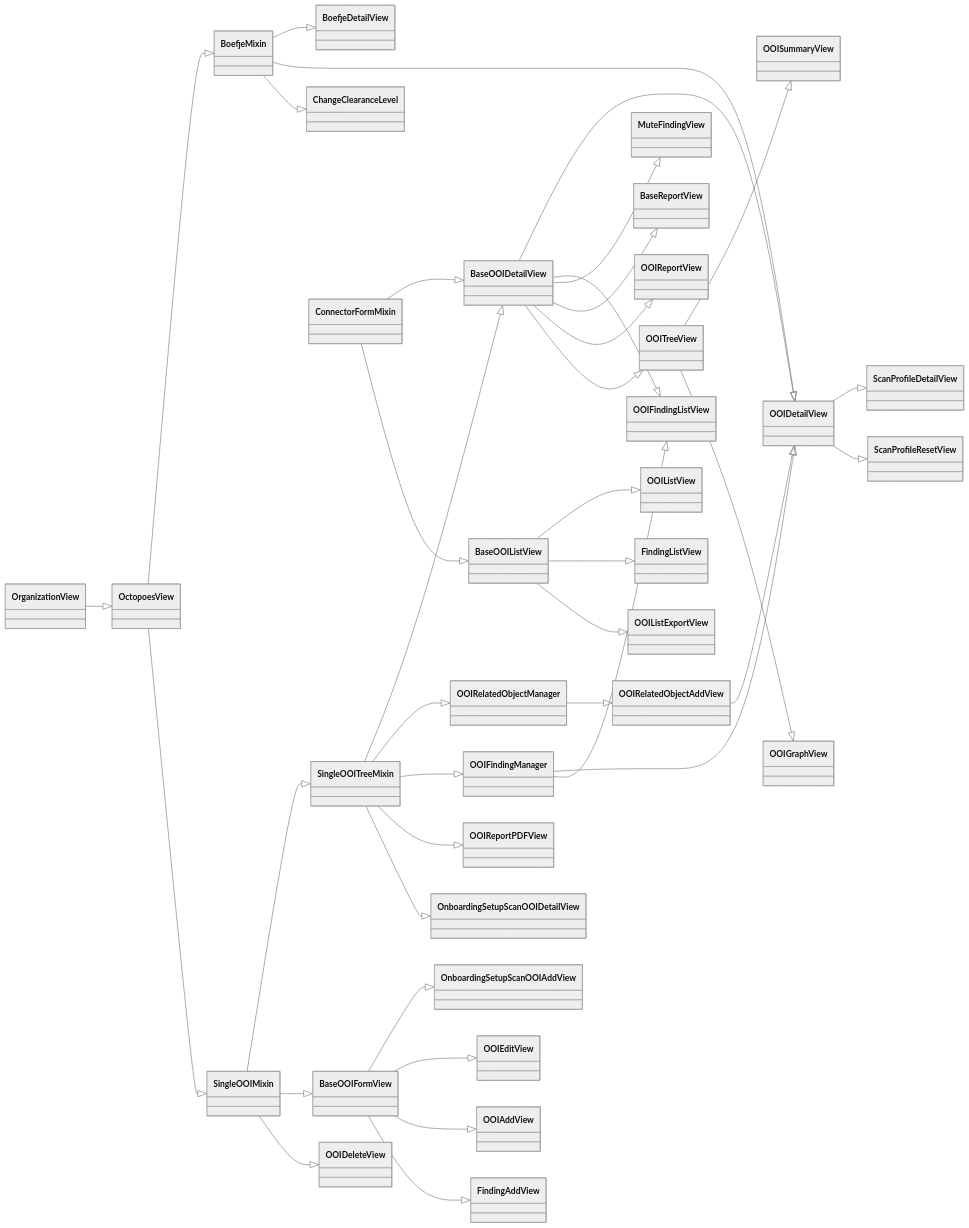
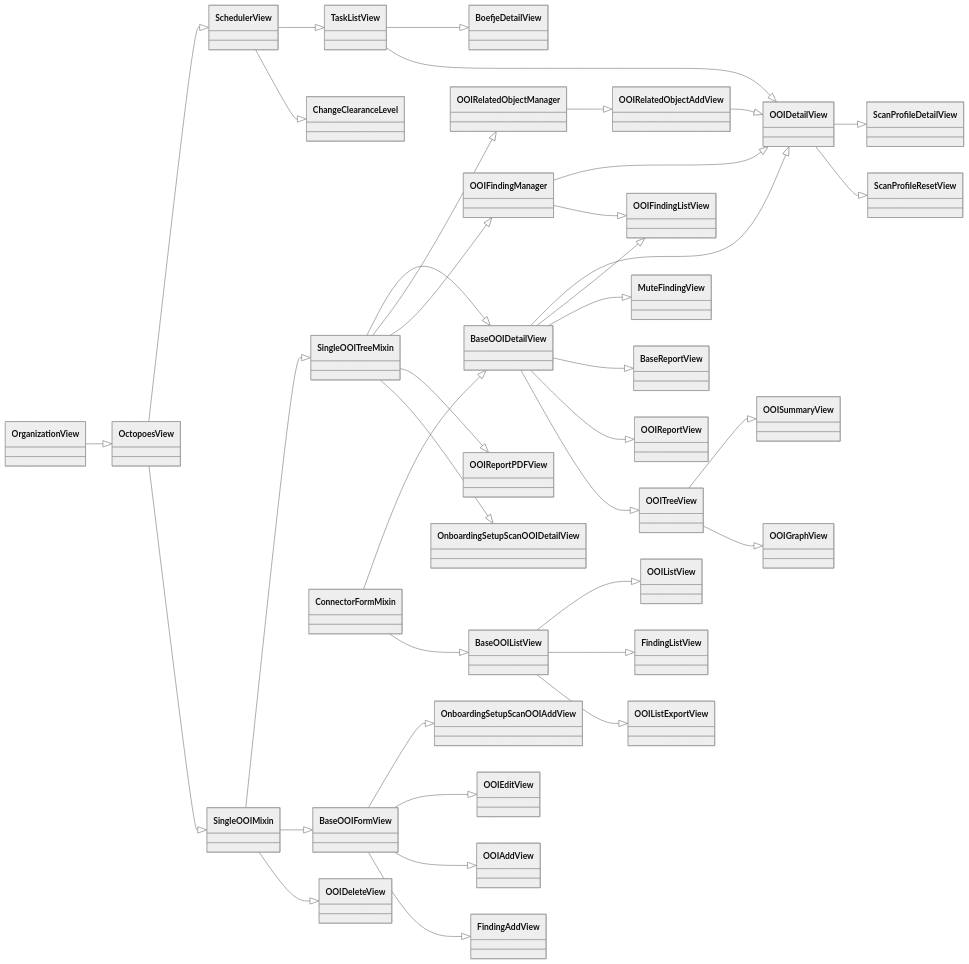
Before and after one commit to minvws/nl-kat-coordination: the third of 4 diagrams in docs/source/developer_documentation/rocky.md, drawn with Mermaid (neutral theme). The commit also changed other lines of this file and 53 other files, not shown here.

Commit message:
Refactor Task List and filters with error handlers for Scheduler  (#1957)

````diff
--- a/docs/source/developer_documentation/rocky.md
+++ b/docs/source/developer_documentation/rocky.md
@@ -218,55 +218,57 @@
 ```{mermaid}
 classDiagram
 direction RL
     class OrganizationView
     class OctopoesView
-    class BoefjeMixin
+    class SchedulerView
+    class TaskListView
 
     OctopoesView <|-- OrganizationView
 
-    BoefjeMixin <|-- OctopoesView
-    BoefjeDetailView <|-- BoefjeMixin
-    OOIDetailView <|-- BoefjeMixin
+    SchedulerView <|-- OctopoesView
+    TaskListView <|-- SchedulerView
+    BoefjeDetailView <|-- TaskListView
+    OOIDetailView <|-- TaskListView
     OOIDetailView <|-- OOIRelatedObjectAddView
     OOIDetailView <|-- OOIFindingManager
-    ChangeClearanceLevel <|-- BoefjeMixin
+    ChangeClearanceLevel <|-- SchedulerView
 
     SingleOOIMixin <|-- OctopoesView
     SingleOOITreeMixin <|-- SingleOOIMixin
 
     BaseOOIDetailView <|-- SingleOOITreeMixin
     BaseOOIDetailView <|-- ConnectorFormMixin
     OOIDetailView <|-- BaseOOIDetailView
     OOIFindingListView <|-- OOIFindingManager
     OOIFindingListView <|-- BaseOOIDetailView
     MuteFindingView <|-- BaseOOIDetailView
     BaseReportView <|-- BaseOOIDetailView
 
     OOIReportView <|-- BaseOOIDetailView
     OOITreeView <|-- BaseOOIDetailView
     OOISummaryView <|-- OOITreeView
     OOIGraphView <|-- OOITreeView
 
     OOIRelatedObjectManager <|-- SingleOOITreeMixin
     OOIFindingManager <|-- SingleOOITreeMixin
     OOIRelatedObjectAddView <|-- OOIRelatedObjectManager
 
     OOIReportPDFView <|-- SingleOOITreeMixin
     OnboardingSetupScanOOIDetailView <|-- SingleOOITreeMixin
 
     BaseOOIFormView <|-- SingleOOIMixin
     OOIDeleteView <|-- SingleOOIMixin
 
     OnboardingSetupScanOOIAddView <|-- BaseOOIFormView
     OOIEditView <|-- BaseOOIFormView
     OOIAddView <|-- BaseOOIFormView
     FindingAddView <|-- BaseOOIFormView
 
     BaseOOIListView <|-- ConnectorFormMixin
     OOIListView <|-- BaseOOIListView
     FindingListView <|-- BaseOOIListView
     OOIListExportView <|-- BaseOOIListView
 
     ScanProfileDetailView <|-- OOIDetailView
     ScanProfileResetView <|-- OOIDetailView
 ```
````
